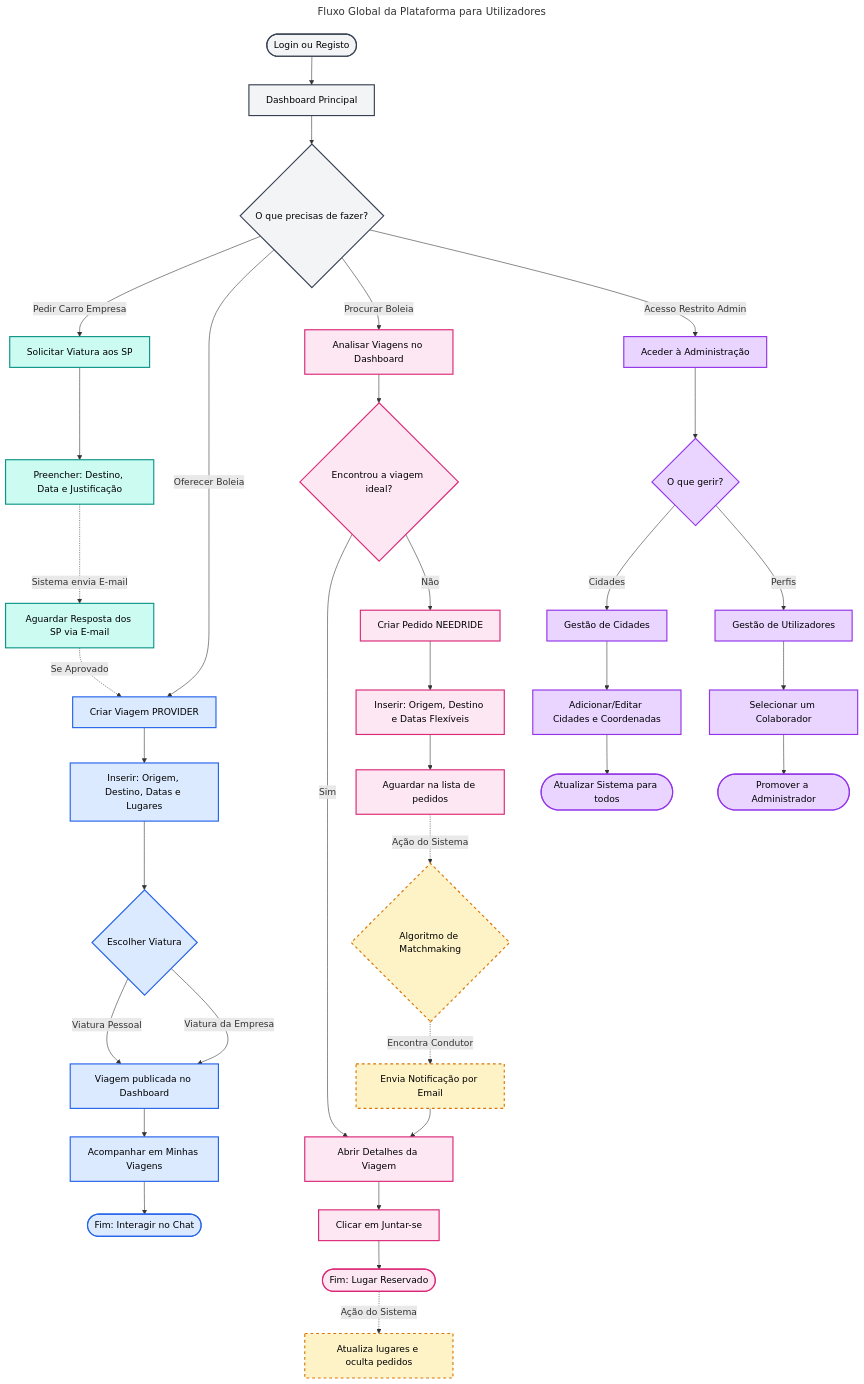
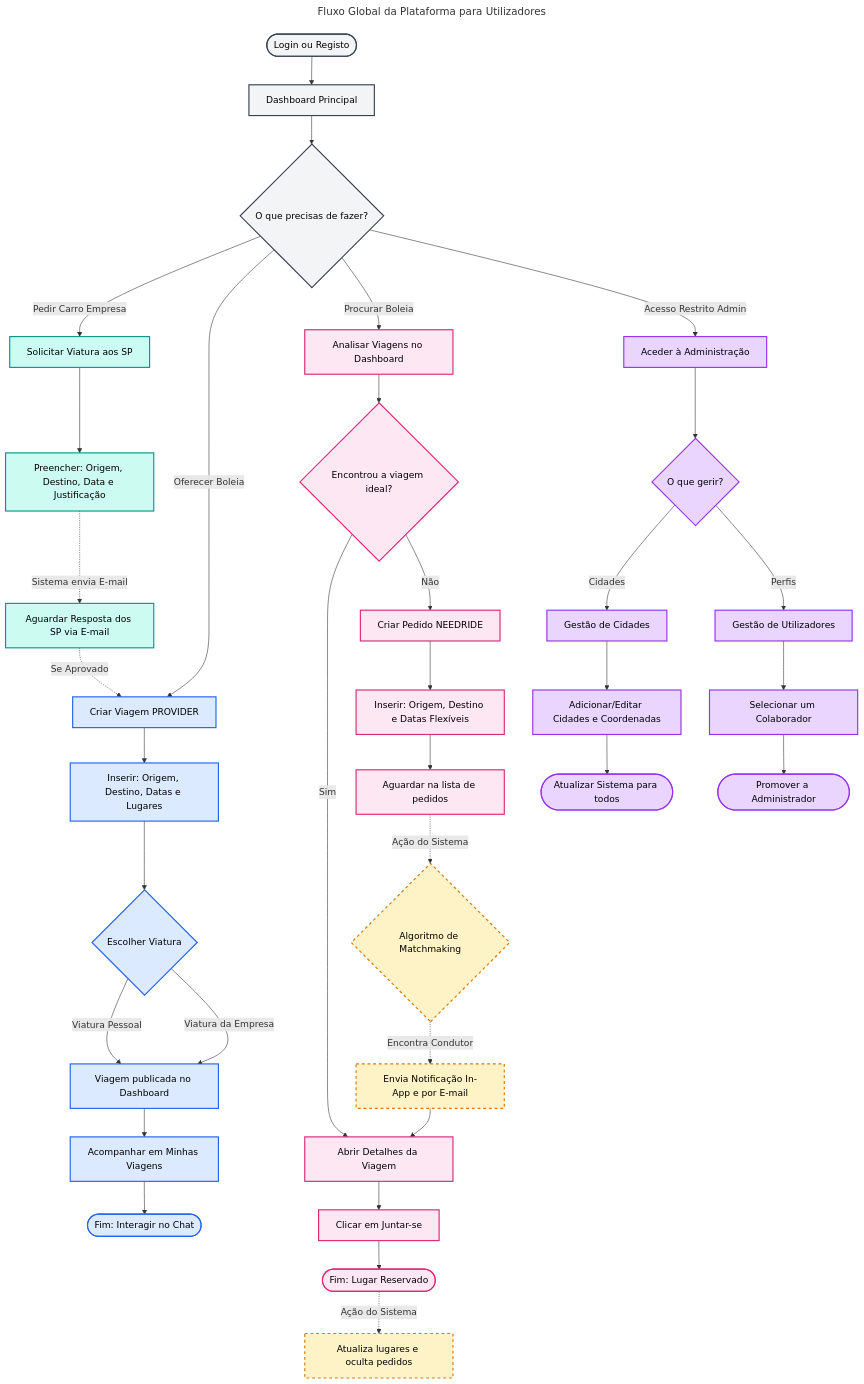
One commit to joaosantos1231209/Road-Buddies changed the diagram in Documentation/Diagramas/fluxo-global.md. Above: the diagram before and after it, drawn with Mermaid. The commit also changed 15 other files, not shown here.

Commit message:
Atualizados diagramas e base de dados

````diff
--- a/Documentation/Diagramas/fluxo-global.md
+++ b/Documentation/Diagramas/fluxo-global.md
@@ -1,70 +1,70 @@
 ```mermaid
 ---
 title: Fluxo Global da Plataforma para Utilizadores
 ---
 graph TD
     %% Estilos
     classDef login fill:#f3f4f6,stroke:#374151,stroke-width:2px,color:#000
     classDef condutor fill:#dbeafe,stroke:#2563eb,stroke-width:2px,color:#000
     classDef passageiro fill:#fce7f3,stroke:#db2777,stroke-width:2px,color:#000
     classDef admin fill:#e9d5ff,stroke:#9333ea,stroke-width:2px,color:#000
     classDef sistema fill:#fef3c7,stroke:#d97706,stroke-width:2px,stroke-dasharray: 5 5,color:#000
     classDef frota fill:#ccfbf1,stroke:#0d9488,stroke-width:2px,color:#000
 
     %% Estrutura Base Unificada
     A([Login ou Registo]) --> B[Dashboard Principal]
     B --> C{O que precisas de fazer?}
 
     %% FLUXO DE FROTA / SP (NOVO)
     C -->|Pedir Carro Empresa| SP1[Solicitar Viatura aos SP]
-    SP1 --> SP2[Preencher: Destino, Data e Justificação]
+    SP1 --> SP2[Preencher: Origem, Destino, Data e Justificação]
     SP2 -.->|Sistema envia E-mail| SP3[Aguardar Resposta dos SP via E-mail]
     SP3 -.->|Se Aprovado| D
 
     %% FLUXO DO CONDUTOR (Acesso: Todos)
     C -->|Oferecer Boleia| D[Criar Viagem PROVIDER]
     D --> E[Inserir: Origem, Destino, Datas e Lugares]
     E --> E2{Escolher Viatura}
     E2 -->|Viatura Pessoal| F[Viagem publicada no Dashboard]
     E2 -->|Viatura da Empresa| F
     F --> G[Acompanhar em Minhas Viagens]
     G --> H([Fim: Interagir no Chat])
 
     %% FLUXO DO PASSAGEIRO (Acesso: Todos)
     C -->|Procurar Boleia| I[Analisar Viagens no Dashboard]
     I --> J{Encontrou a viagem ideal?}
 
     J -->|Sim| K[Abrir Detalhes da Viagem]
     K --> L[Clicar em Juntar-se]
     L --> M([Fim: Lugar Reservado])
     M -.->|Ação do Sistema| N[Atualiza lugares e oculta pedidos]
 
     J -->|Não| O[Criar Pedido NEEDRIDE]
     O --> P[Inserir: Origem, Destino e Datas Flexíveis]
     P --> Q[Aguardar na lista de pedidos]
     
     %% O Sistema
     Q -.->|Ação do Sistema| R{Algoritmo de Matchmaking}
-    R -.->|Encontra Condutor| S[Envia Notificação por Email]
+    R -.->|Encontra Condutor| S[Envia Notificação In-App e por E-mail]
     S --> K
 
     %% FLUXO DE ADMINISTRAÇÃO (Acesso: Restrito)
     C -->|Acesso Restrito Admin| T[Aceder à Administração]
     T --> U{O que gerir?}
 
     U -->|Cidades| V[Gestão de Cidades]
     V --> W[Adicionar/Editar Cidades e Coordenadas]
     W --> X([Atualizar Sistema para todos])
 
     U -->|Perfis| Y[Gestão de Utilizadores]
     Y --> Z[Selecionar um Colaborador]
     Z --> AA([Promover a Administrador])
 
     %% Aplicar as classes
     class A,B,C login;
     class D,E,E2,F,G,H condutor;
     class I,J,K,L,M,O,P,Q passageiro;
     class N,R,S sistema;
     class T,U,V,W,X,Y,Z,AA admin;
     class SP1,SP2,SP3 frota;
 ```
````
